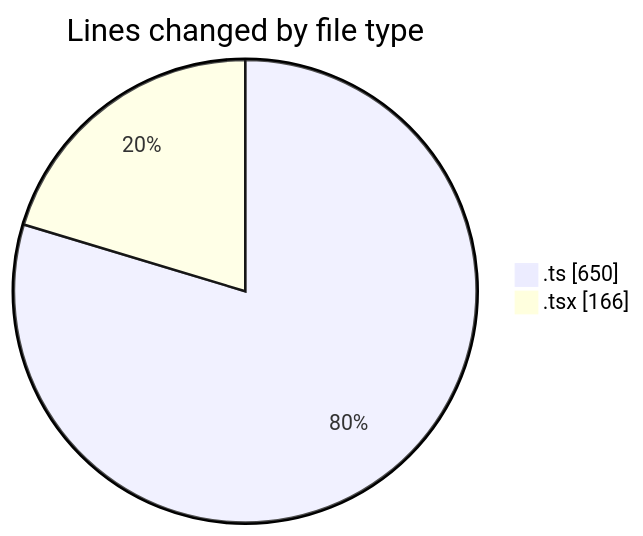
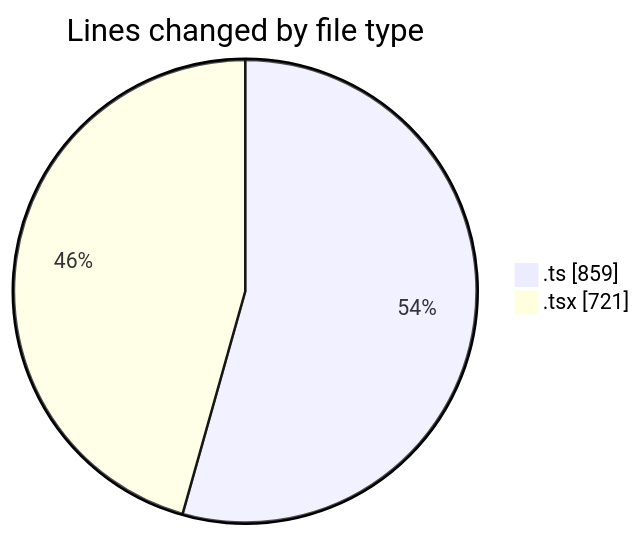
The first of 2 diagrams in 2025-01-27/nre-mbc-frontend/README.md (robertbonfada/code-tracking), drawn with Mermaid before and after one commit. The commit also changed other lines of this file and 1 other file, not shown here.

````diff
--- a/2025-01-27/nre-mbc-frontend/README.md
+++ b/2025-01-27/nre-mbc-frontend/README.md
@@ -21,6 +23,6 @@
 ```mermaid
 pie showData
 title Lines changed by file type
-".ts" : 650
-".tsx" : 166
+".ts" : 859
+".tsx" : 721
 ```
````
